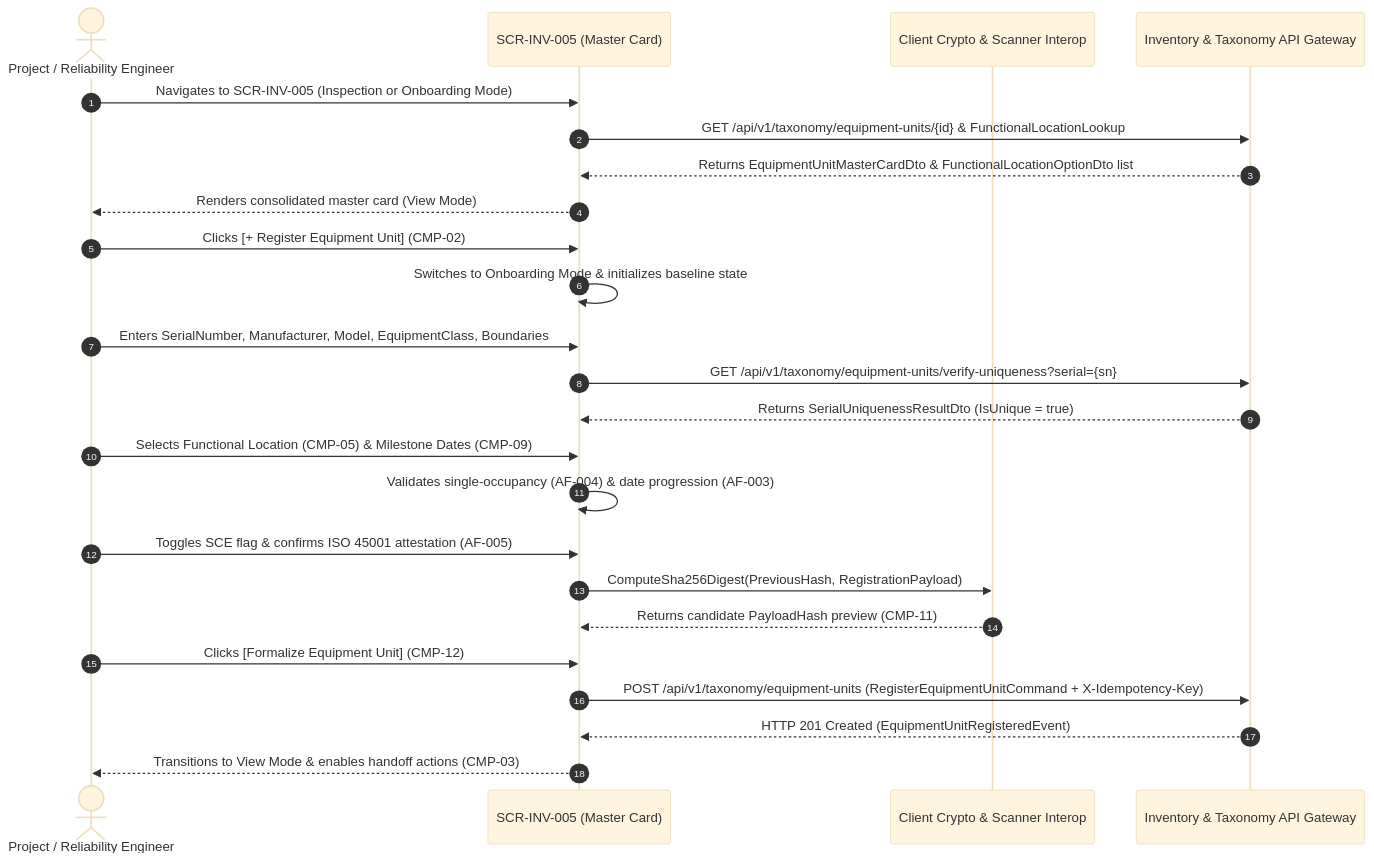
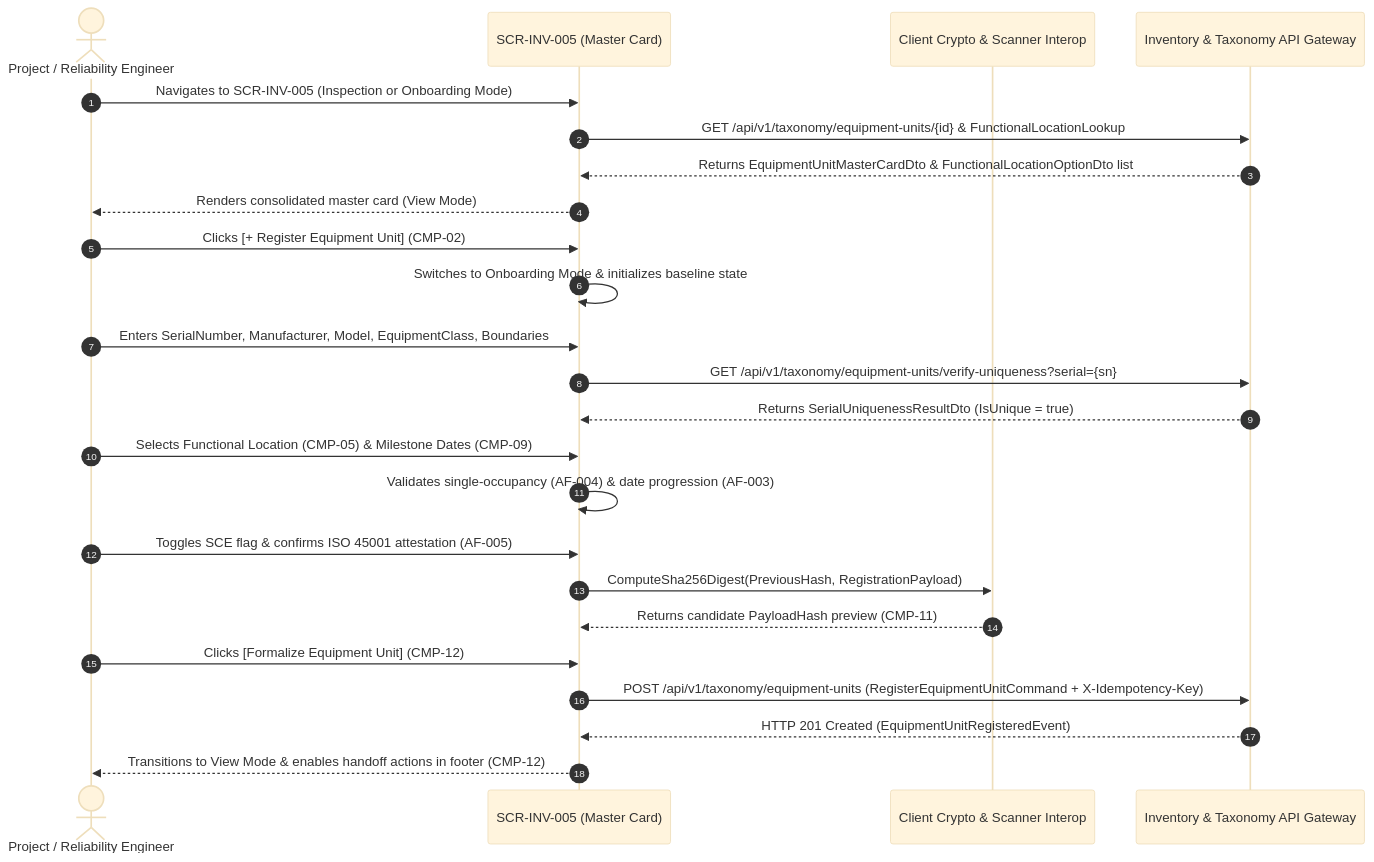
The diagram in ui-ux/screens/inv/SCR-INV-005.md (Novav20/adso-dteam-docs), drawn with Mermaid (base theme) before and after one commit. The commit also changed other lines of this file and 2 other files, not shown here.

````diff
--- a/ui-ux/screens/inv/SCR-INV-005.md
+++ b/ui-ux/screens/inv/SCR-INV-005.md
@@ -92,27 +92,27 @@
 ```mermaid
 sequenceDiagram
     autonumber
     actor Engineer as Project / Reliability Engineer
     participant UI as SCR-INV-005 (Master Card)
     participant Interop as Client Crypto & Scanner Interop
     participant API as Inventory & Taxonomy API Gateway
 
     Engineer->>UI: Navigates to SCR-INV-005 (Inspection or Onboarding Mode)
     UI->>API: GET /api/v1/taxonomy/equipment-units/{id} & FunctionalLocationLookup
     API-->>UI: Returns EquipmentUnitMasterCardDto & FunctionalLocationOptionDto list
     UI-->>Engineer: Renders consolidated master card (View Mode)
     Engineer->>UI: Clicks [+ Register Equipment Unit] (CMP-02)
     UI->>UI: Switches to Onboarding Mode & initializes baseline state
     Engineer->>UI: Enters SerialNumber, Manufacturer, Model, EquipmentClass, Boundaries
     UI->>API: GET /api/v1/taxonomy/equipment-units/verify-uniqueness?serial={sn}
     API-->>UI: Returns SerialUniquenessResultDto (IsUnique = true)
     Engineer->>UI: Selects Functional Location (CMP-05) & Milestone Dates (CMP-09)
     UI->>UI: Validates single-occupancy (AF-004) & date progression (AF-003)
     Engineer->>UI: Toggles SCE flag & confirms ISO 45001 attestation (AF-005)
     UI->>Interop: ComputeSha256Digest(PreviousHash, RegistrationPayload)
     Interop-->>UI: Returns candidate PayloadHash preview (CMP-11)
     Engineer->>UI: Clicks [Formalize Equipment Unit] (CMP-12)
     UI->>API: POST /api/v1/taxonomy/equipment-units (RegisterEquipmentUnitCommand + X-Idempotency-Key)
     API-->>UI: HTTP 201 Created (EquipmentUnitRegisteredEvent)
-    UI-->>Engineer: Transitions to View Mode & enables handoff actions (CMP-03)
+    UI-->>Engineer: Transitions to View Mode & enables handoff actions in footer (CMP-12)
 ```
````
